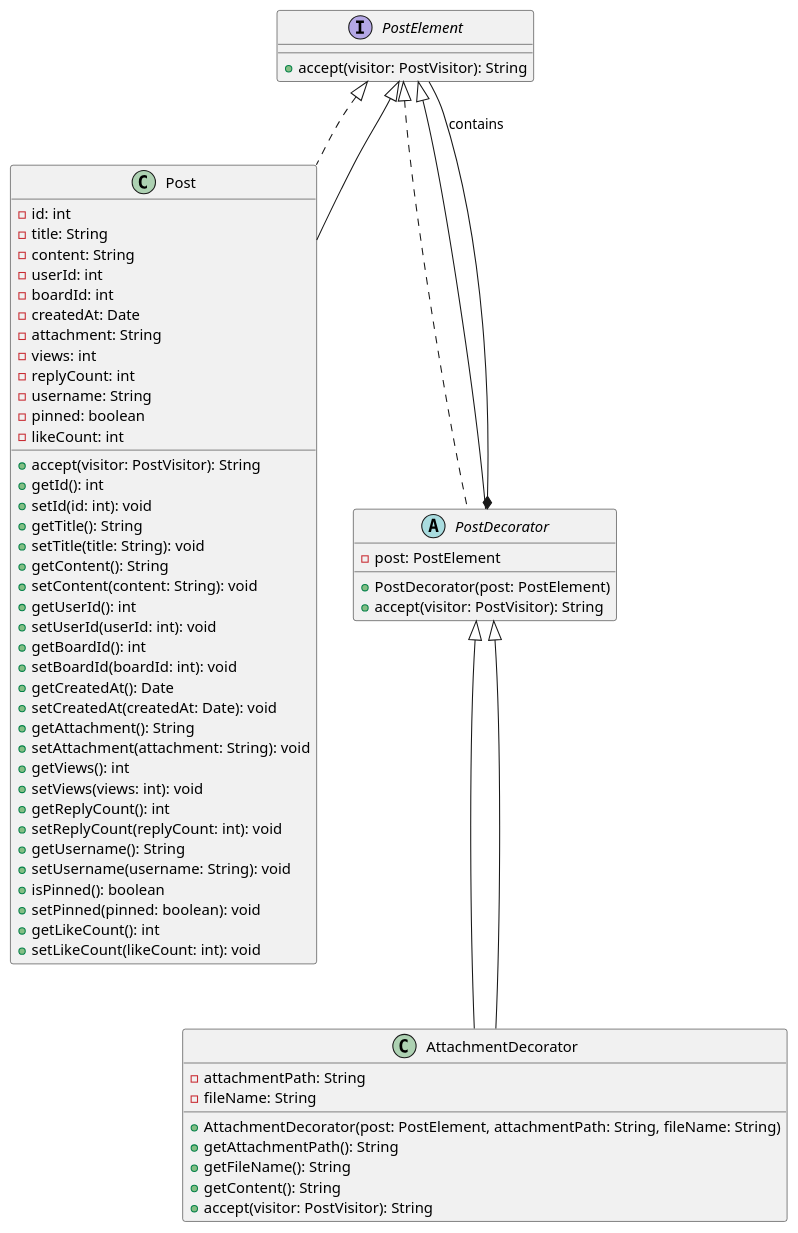
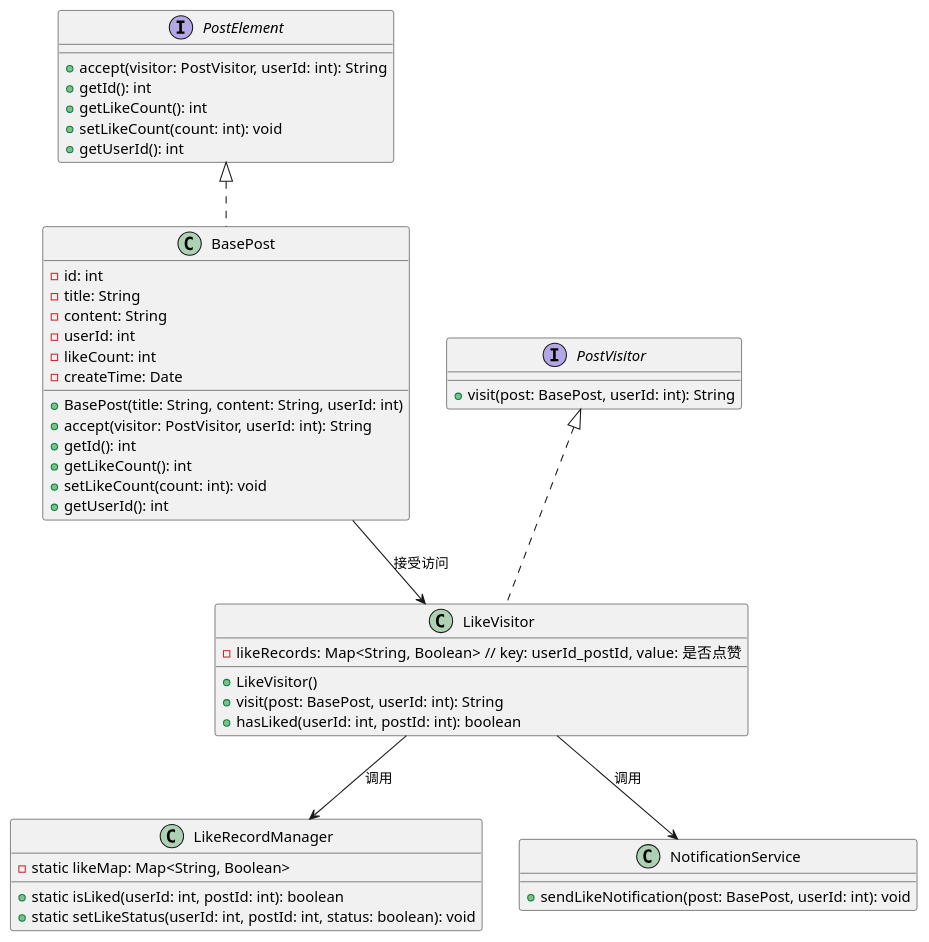
Before and after one commit to DINGMARTINCHEN/final: the diagram in 报告/uml/2.1.2.puml, drawn with PlantUML. The commit also changed 45 other files, not shown here.

```diff
--- a/报告/uml/2.1.2.puml
+++ b/报告/uml/2.1.2.puml
@@ -1,66 +1,56 @@
 @startuml
+' 抽象元素：帖子接口
 interface PostElement {
-  + accept(visitor: PostVisitor): String
+  + accept(visitor: PostVisitor, userId: int): String
+  + getId(): int
+  + getLikeCount(): int
+  + setLikeCount(count: int): void
+  + getUserId(): int
 }
 
-class Post implements PostElement {
+' 具体元素：基础帖子类
+class BasePost implements PostElement {
   - id: int
   - title: String
   - content: String
   - userId: int
-  - boardId: int
-  - createdAt: Date
-  - attachment: String
-  - views: int
-  - replyCount: int
-  - username: String
-  - pinned: boolean
   - likeCount: int
-  + accept(visitor: PostVisitor): String
+  - createTime: Date
+  + BasePost(title: String, content: String, userId: int)
+  + accept(visitor: PostVisitor, userId: int): String
   + getId(): int
-  + setId(id: int): void
-  + getTitle(): String
-  + setTitle(title: String): void
-  + getContent(): String
-  + setContent(content: String): void
+  + getLikeCount(): int
+  + setLikeCount(count: int): void
   + getUserId(): int
-  + setUserId(userId: int): void
-  + getBoardId(): int
-  + setBoardId(boardId: int): void
-  + getCreatedAt(): Date
-  + setCreatedAt(createdAt: Date): void
-  + getAttachment(): String
-  + setAttachment(attachment: String): void
-  + getViews(): int
-  + setViews(views: int): void
-  + getReplyCount(): int
-  + setReplyCount(replyCount: int): void
-  + getUsername(): String
-  + setUsername(username: String): void
-  + isPinned(): boolean
-  + setPinned(pinned: boolean): void
-  + getLikeCount(): int
-  + setLikeCount(likeCount: int): void
 }
 
-abstract class PostDecorator implements PostElement {
-  - post: PostElement
-  + PostDecorator(post: PostElement)
-  + accept(visitor: PostVisitor): String
+' 抽象访问者：帖子操作访问者接口
+interface PostVisitor {
+  + visit(post: BasePost, userId: int): String
 }
 
-class AttachmentDecorator extends PostDecorator {
-  - attachmentPath: String
-  - fileName: String
-  + AttachmentDecorator(post: PostElement, attachmentPath: String, fileName: String)
-  + getAttachmentPath(): String
-  + getFileName(): String
-  + getContent(): String
-  + accept(visitor: PostVisitor): String
+' 具体访问者：点赞访问者
+class LikeVisitor implements PostVisitor {
+  - likeRecords: Map<String, Boolean>  // key: userId_postId, value: 是否点赞
+  + LikeVisitor()
+  + visit(post: BasePost, userId: int): String
+  + hasLiked(userId: int, postId: int): boolean
 }
 
-PostElement <|-- Post
-PostElement <|-- PostDecorator
-PostDecorator <|-- AttachmentDecorator
-PostDecorator *-- PostElement : contains
+' 辅助类：点赞记录管理
+class LikeRecordManager {
+  - static likeMap: Map<String, Boolean>
+  + static isLiked(userId: int, postId: int): boolean
+  + static setLikeStatus(userId: int, postId: int, status: boolean): void
+}
+
+' 通知服务（联动观察者模式）
+class NotificationService {
+  + sendLikeNotification(post: BasePost, userId: int): void
+}
+
+' 关系
+BasePost --> LikeVisitor: 接受访问
+LikeVisitor --> LikeRecordManager: 调用
+LikeVisitor --> NotificationService: 调用
 @enduml
```
